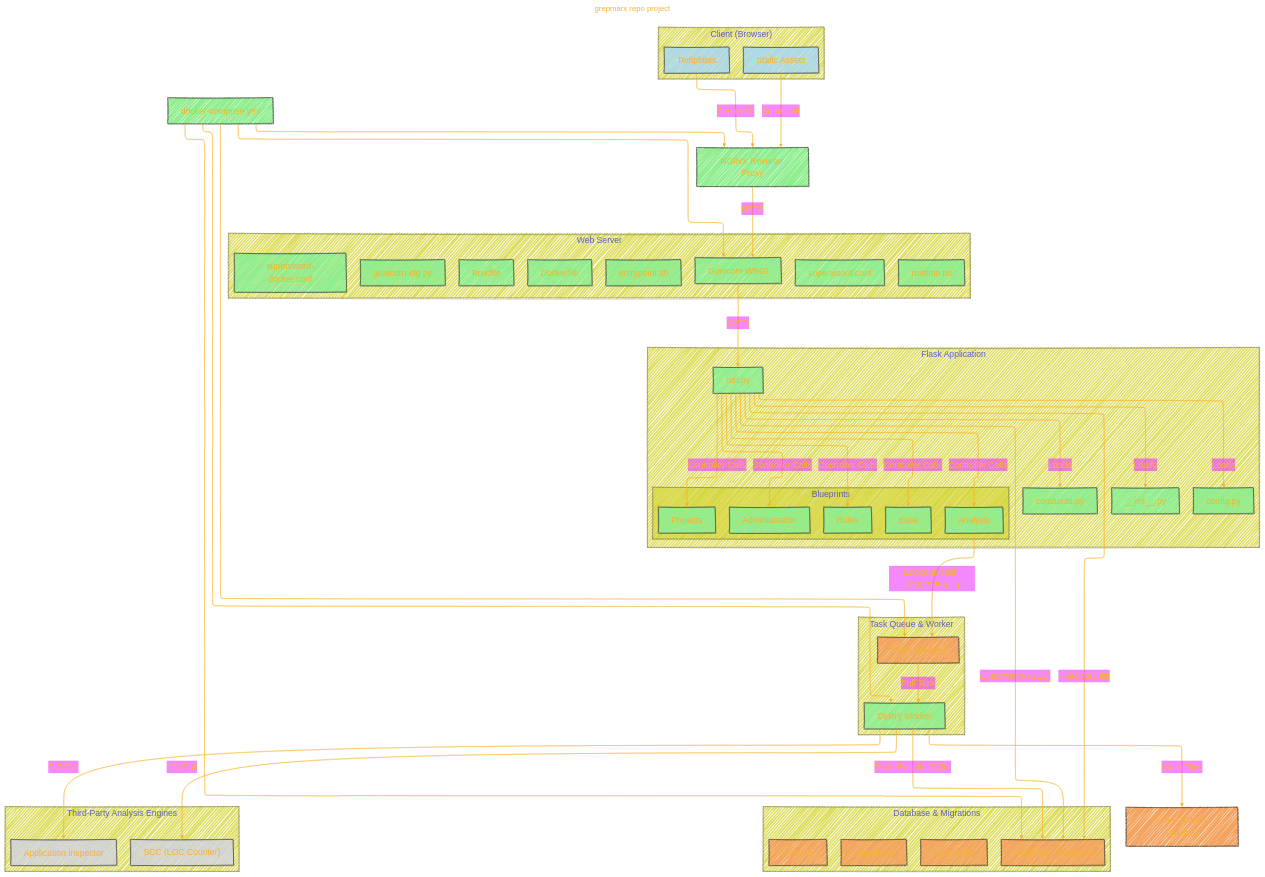
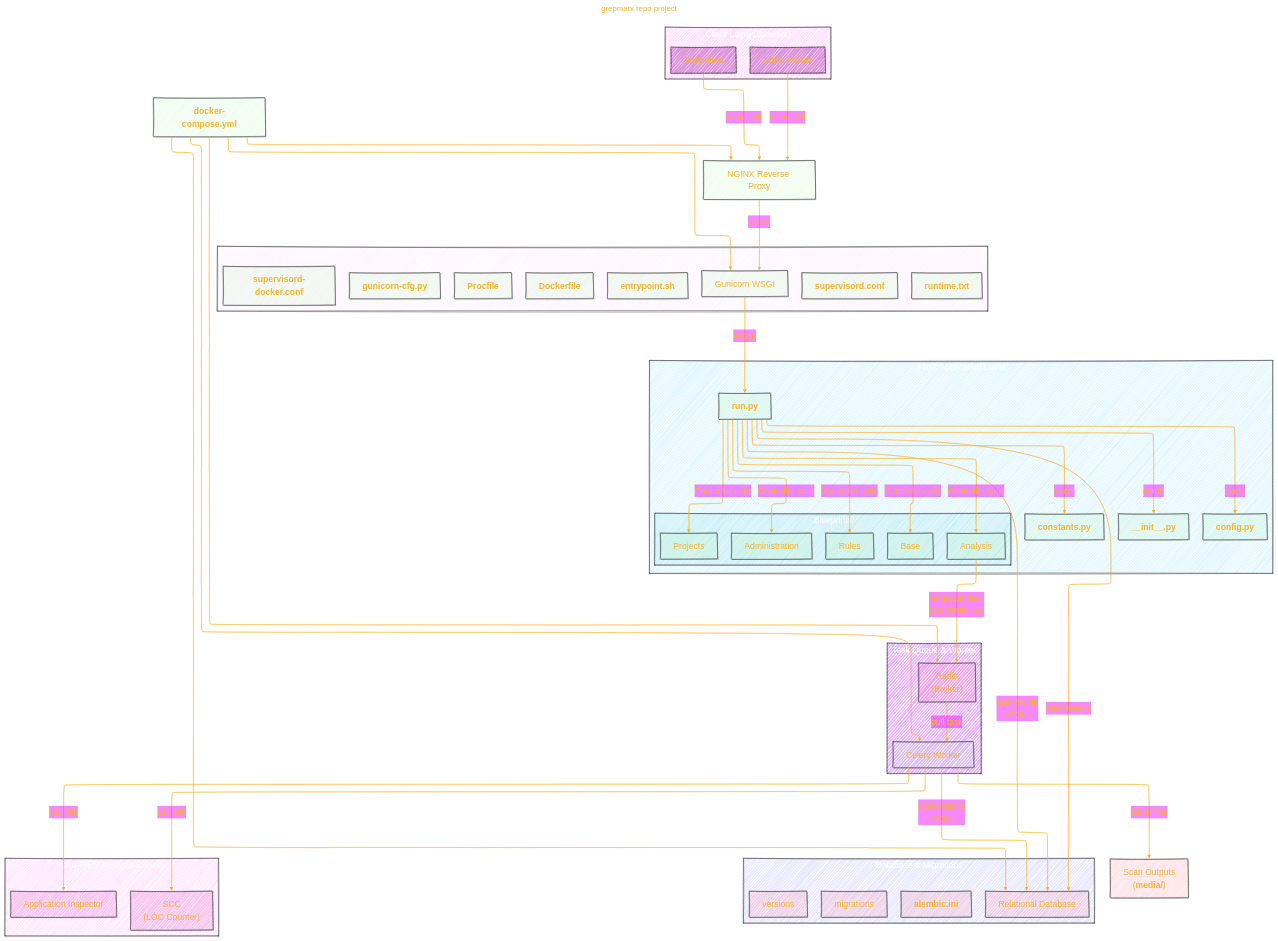
The first of 2 diagrams in CYBERSECURITY/orange-cyberdefense/grepmarx.md (CongLeSolutionX/ArchExplorer), drawn with Mermaid before and after one commit. The commit also changed other lines of this file, not shown here.

Commit message:
update notes

````diff
--- a/CYBERSECURITY/orange-cyberdefense/grepmarx.md
+++ b/CYBERSECURITY/orange-cyberdefense/grepmarx.md
@@ -75,9 +75,9 @@
   }
 }%%
 flowchart TB
-    %% Client Layer
-    subgraph "Client (Browser)" 
-        direction TB
+    subgraph Client_Layer["Client Layer (Browser)"]
+    style Client_Layer fill:#F2F2,stroke:#333,stroke-width:1px, color: #FFFF
+    direction TB
         StaticAssets["Static Assets"]:::frontend
         Templates["Templates"]:::frontend
     end
@@ -85,29 +85,30 @@
     %% Edge Layer
     NGINX["NGINX Reverse Proxy"]:::server
 
-    %% Web Server
-    subgraph "Web Server"
-        direction TB
+    subgraph Web_Server["Web Server"]
+    style Web_Server fill:#FBF2,stroke:#333,stroke-width:1px, color: #FFFF
+    direction TB
         Gunicorn["Gunicorn WSGI"]:::server
-        Procfile["Procfile"]:::server
-        Entrypoint["entrypoint.sh"]:::server
-        Dockerfile["Dockerfile"]:::server
-        Runtime["runtime.txt"]:::server
-        GunicornCfg["gunicorn-cfg.py"]:::server
-        Supervisor["supervisord.conf"]:::server
-        SupervisorDocker["supervisord-docker.conf"]:::server
+        Procfile["<b>Procfile</b>"]:::server
+        Entrypoint["<b>entrypoint.sh</b>"]:::server
+        Dockerfile["<b>Dockerfile</b>"]:::server
+        Runtime["<b>runtime.txt</b>"]:::server
+        GunicornCfg["<b>gunicorn-cfg.py</b>"]:::server
+        Supervisor["<b>supervisord.conf</b>"]:::server
+        SupervisorDocker["<b>supervisord-docker.conf</b>"]:::server
     end
 
-    %% Application Layer
-    subgraph "Flask Application" 
+    subgraph Flask_Application["Flask Application Layer"]
+    style Flask_Application fill:#2BF2,stroke:#333,stroke-width:1px, color: #FFFF
+    direction TB
+        CoreRun["<b>run.py</b>"]:::server
+        Init["<b>__init__.py</b>"]:::server
+        Config["<b>config.py</b>"]:::server
+        Constants["<b>constants.py</b>"]:::server
+
+        subgraph Blueprints["Blueprints"]
+        style Blueprints fill:#2BB2,stroke:#333,stroke-width:1px, color: #FFFF
         direction TB
-        CoreRun["run.py"]:::server
-        Init["__init__.py"]:::server
-        Config["config.py"]:::server
-        Constants["constants.py"]:::server
-
-        subgraph "Blueprints"
-            direction TB
             BaseBP["Base"]:::server
             AdminBP["Administration"]:::server
             AnalysisBP["Analysis"]:::server
@@ -117,57 +118,60 @@
     end
 
     %% Data Stores
-    subgraph "Database & Migrations"
-        direction TB
+    subgraph Database_and_Migrations["Database & Migrations"]
+    style Database_and_Migrations fill:#BBF5,stroke:#333,stroke-width:1px, color: #FFFF
+    direction TB
         DB["Relational Database"]:::datastore
         MigrationsDir["migrations"]:::datastore
-        AlembicIni["alembic.ini"]:::datastore
+        AlembicIni["<b>alembic.ini</b>"]:::datastore
         Versions["versions"]:::datastore
     end
 
-    subgraph "Task Queue & Worker"
-        direction TB
-        Redis["Redis (Broker)"]:::datastore
+    subgraph Task_Queue_and_Worker["Task Queue & Worker"]
+    style Task_Queue_and_Worker fill:#B2F5,stroke:#333,stroke-width:1px, color: #FFFF
+    direction TB
+        Redis["Redis<br/>(Broker)"]:::datastore
         Celery["Celery Worker"]:::server
     end
 
     %% Third-Party Tools
-    subgraph "Third-Party Analysis Engines"
-        direction TB
+    subgraph Third_Party_Analysis_Engines["Third-Party Analysis Engines"]
+    style Third_Party_Analysis_Engines fill:#FBF5,stroke:#333,stroke-width:1px, color: #FFFF
+    direction TB
         AppInspector["Application Inspector"]:::external
-        SCC["SCC (LOC Counter)"]:::external
+        SCC["SCC<br/>(LOC Counter)"]:::external
     end
 
     %% Artifact Storage
-    Storage["Scan Outputs (media/)"]:::datastore
+    Storage["Scan Outputs<br/>(<b>media/</b>)"]:::datastore
 
     %% Deployment Orchestration
-    DockerCompose["docker-compose.yml"]:::server
+    DockerCompose["<b>docker-compose.yml</b>"]:::server
 
     %% Connections
-    StaticAssets -->|"Serves UI"| NGINX
-    Templates -->|"Serves UI"| NGINX
+    StaticAssets -->|"serves UI"| NGINX
+    Templates -->|"serves UI"| NGINX
     NGINX -->|"HTTP"| Gunicorn
     Gunicorn -->|"WSGI"| CoreRun
-    CoreRun -->|"Loads"| Init
-    CoreRun -->|"Loads"| Config
-    CoreRun -->|"Loads"| Constants
+    CoreRun -->|"loads"| Init
+    CoreRun -->|"loads"| Config
+    CoreRun -->|"loads"| Constants
 
-    CoreRun -->|"Controller Calls"| BaseBP
-    CoreRun -->|"Controller Calls"| AdminBP
-    CoreRun -->|"Controller Calls"| AnalysisBP
-    CoreRun -->|"Controller Calls"| ProjectsBP
-    CoreRun -->|"Controller Calls"| RulesBP
+    CoreRun -->|"Controller calls"| BaseBP
+    CoreRun -->|"Controller calls"| AdminBP
+    CoreRun -->|"Controller calls"| AnalysisBP
+    CoreRun -->|"Controller calls"| ProjectsBP
+    CoreRun -->|"Controller calls"| RulesBP
 
-    AnalysisBP -->|"Enqueue Task (AMQP/Redis)"| Redis
-    Redis -->|"Pull Task"| Celery
-    Celery -->|"CLI Call"| AppInspector
-    Celery -->|"CLI Call"| SCC
-    Celery -->|"Store Results (SQL)"| DB
-    Celery -->|"Store Files"| Storage
+    AnalysisBP -->|"enqueue task<br/>(AMQP/Redis)"| Redis
+    Redis -->|"pull task"| Celery
+    Celery -->|"CLI call"| AppInspector
+    Celery -->|"CLI call"| SCC
+    Celery -->|"store results<br/>(SQL)"| DB
+    Celery -->|"store files"| Storage
 
-    CoreRun -->|"Query/Write (SQL)"| DB
-    CoreRun -->|"Read Results"| DB
+    CoreRun -->|"query/write<br/>(SQL)"| DB
+    CoreRun -->|"read results"| DB
 
     DockerCompose --> NGINX
     DockerCompose --> Gunicorn
@@ -205,9 +209,9 @@
     click DockerCompose "https://github.com/orange-cyberdefense/grepmarx/blob/main/docker-compose.yml"
 
     %% Styles
-    classDef frontend fill:#ADD8E6,stroke:#333,stroke-width:1px
-    classDef server fill:#90EE90,stroke:#333,stroke-width:1px
-    classDef datastore fill:#F4A460,stroke:#333,stroke-width:1px
-    classDef external fill:#D3D3D3,stroke:#333,stroke-width:1px
+    classDef frontend fill:#A2A6,stroke:#333,stroke-width:1px
+    classDef server fill:#9E92,stroke:#333,stroke-width:1px
+    classDef datastore fill:#F462,stroke:#333,stroke-width:1px
+    classDef external fill:#D3B3,stroke:#333,stroke-width:1px
 
 ```
````
